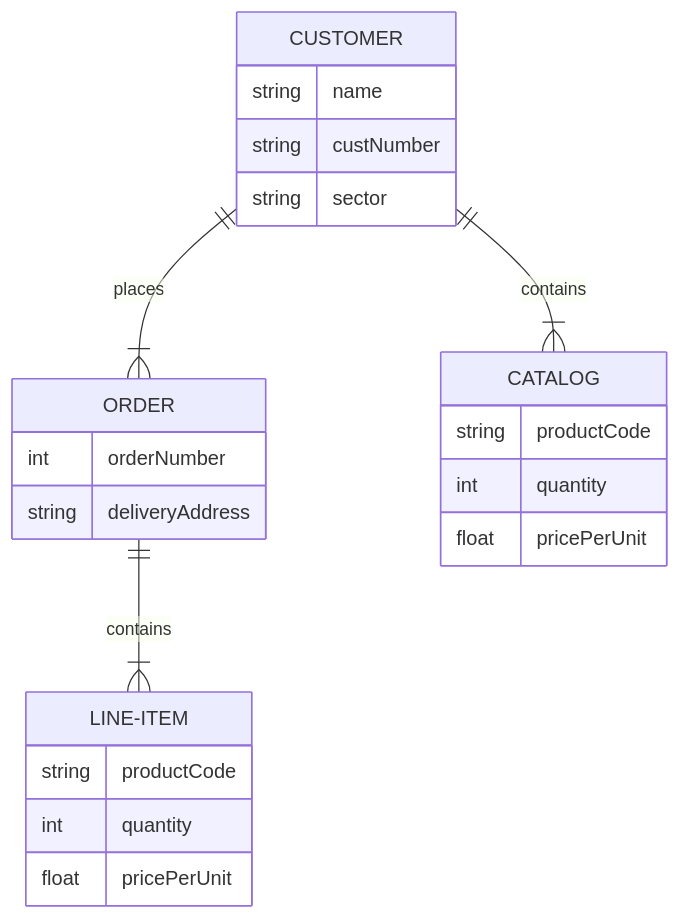
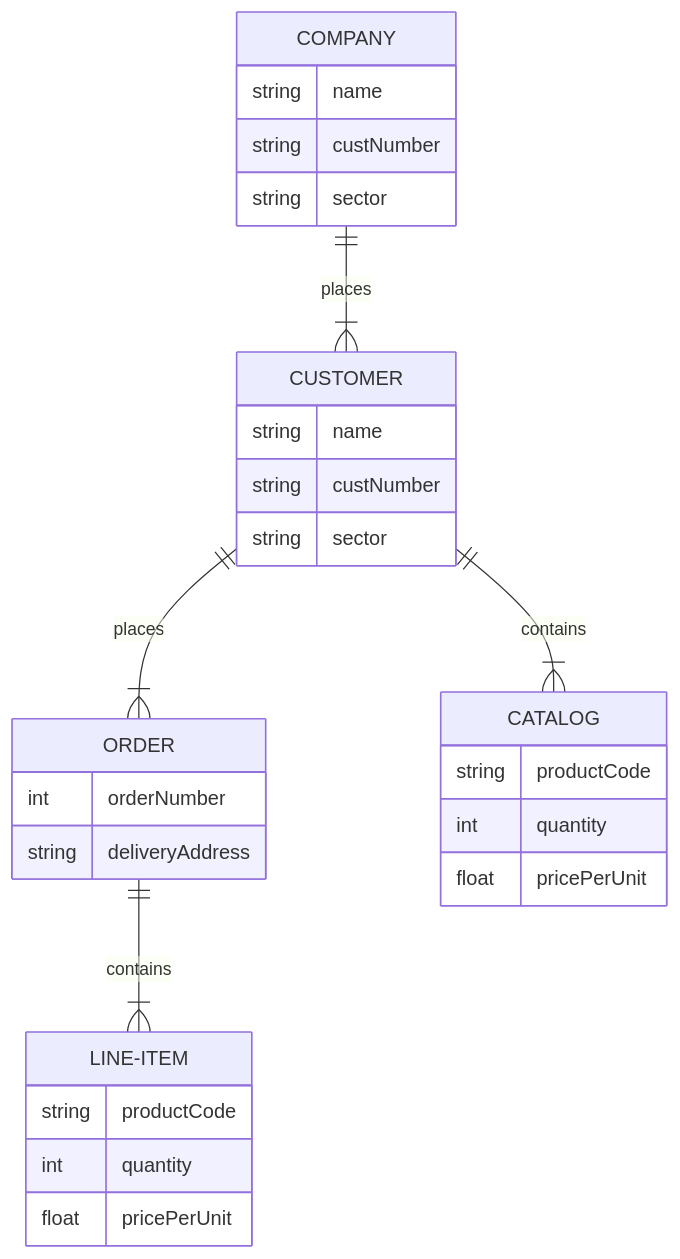
One commit to Summito2/summito.github.io changed the diagram in index.md. Above: the diagram before and after it, drawn with Mermaid.

````diff
--- a/index.md
+++ b/index.md
@@ -3,25 +3,31 @@
 ```mermaid
 erDiagram
+    COMPANY ||--|{ CUSTOMER : places
+    COMPANY {
+        string name
+        string custNumber
+        string sector
+    }
     CUSTOMER ||--|{ ORDER : places
     CUSTOMER {
         string name
         string custNumber
         string sector
     }
     ORDER ||--|{ LINE-ITEM : contains
     ORDER {
         int orderNumber
         string deliveryAddress
     }
     LINE-ITEM {
         string productCode
         int quantity
         float pricePerUnit
     }
     CUSTOMER ||--|{ CATALOG : contains
     CATALOG {
         string productCode
         int quantity
         float pricePerUnit
     }
 ```
````
